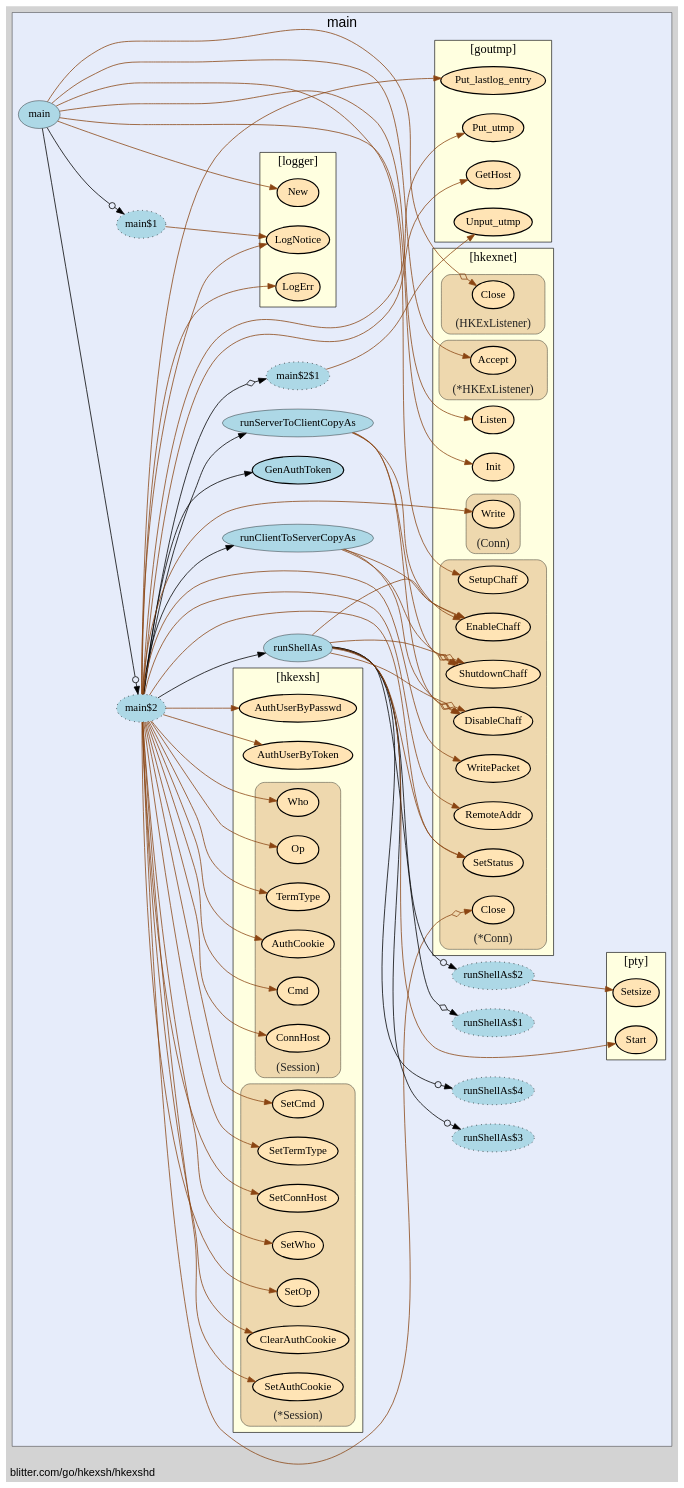
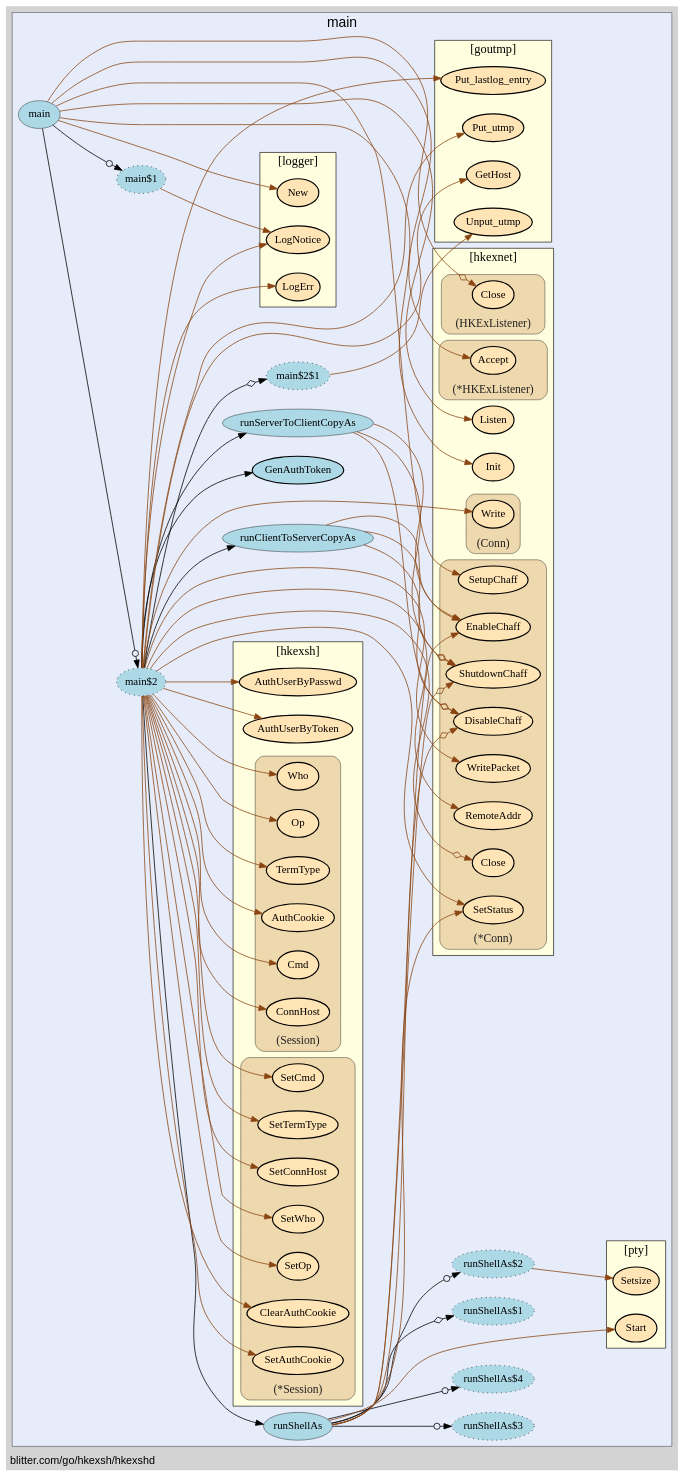
One commit to isgasho/xs changed the diagram in hkexshd/hkexshd-vis.gv. Above: the diagram before and after it, drawn with Graphviz. The commit also changed 7 other files, not shown here.

Commit message:
Further graphviz work; named hkexsh goroutines

```diff
--- a/hkexshd/hkexshd-vis.gv
+++ b/hkexshd/hkexshd-vis.gv
@@ -14,115 +14,60 @@
     edge [minlen="2"]
 
     subgraph "cluster_focus" {
-        fontsize="18";
-bgcolor="#e6ecfa";
+        bgcolor="#e6ecfa";
 label="main";
 labelloc="t";
 labeljust="c";
+fontsize="18";
         
-        "blitter.com/go/hkexsh/hkexshd.runServerToClientCopyAs" [ label="runServerToClientCopyAs" penwidth="0.5" fillcolor="lightblue" ]
-        "blitter.com/go/hkexsh/hkexshd.main$2$1" [ fillcolor="lightblue" label="main$2$1" style="dotted,filled" ]
-        "blitter.com/go/hkexsh/hkexshd.main" [ fillcolor="lightblue" label="main" penwidth="0.5" ]
-        "blitter.com/go/hkexsh/hkexshd.main$1" [ fillcolor="lightblue" label="main$1" style="dotted,filled" ]
+        "blitter.com/go/hkexsh/hkexshd.runServerToClientCopyAs" [ fillcolor="lightblue" label="runServerToClientCopyAs" penwidth="0.5" ]
+        "blitter.com/go/hkexsh/hkexshd.main$1" [ label="main$1" style="dotted,filled" fillcolor="lightblue" ]
+        "blitter.com/go/hkexsh/hkexshd.runShellAs" [ fillcolor="lightblue" label="runShellAs" penwidth="0.5" ]
+        "blitter.com/go/hkexsh/hkexshd.runShellAs$1" [ fillcolor="lightblue" label="runShellAs$1" style="dotted,filled" ]
+        "blitter.com/go/hkexsh/hkexshd.runShellAs$2" [ fillcolor="lightblue" label="runShellAs$2" style="dotted,filled" ]
+        "blitter.com/go/hkexsh/hkexshd.runShellAs$3" [ fillcolor="lightblue" label="runShellAs$3" style="dotted,filled" ]
+        "blitter.com/go/hkexsh/hkexshd.runShellAs$4" [ style="dotted,filled" fillcolor="lightblue" label="runShellAs$4" ]
+        "blitter.com/go/hkexsh/hkexshd.main" [ label="main" penwidth="0.5" fillcolor="lightblue" ]
         "blitter.com/go/hkexsh/hkexshd.main$2" [ fillcolor="lightblue" label="main$2" style="dotted,filled" ]
         "blitter.com/go/hkexsh/hkexshd.GenAuthToken" [ penwidth="1.5" fillcolor="lightblue" label="GenAuthToken" ]
-        "blitter.com/go/hkexsh/hkexshd.runShellAs" [ fillcolor="lightblue" label="runShellAs" penwidth="0.5" ]
-        "blitter.com/go/hkexsh/hkexshd.runShellAs$1" [ fillcolor="lightblue" label="runShellAs$1" style="dotted,filled" ]
-        "blitter.com/go/hkexsh/hkexshd.runShellAs$2" [ label="runShellAs$2" style="dotted,filled" fillcolor="lightblue" ]
-        "blitter.com/go/hkexsh/hkexshd.runShellAs$3" [ fillcolor="lightblue" label="runShellAs$3" style="dotted,filled" ]
-        "blitter.com/go/hkexsh/hkexshd.runShellAs$4" [ fillcolor="lightblue" label="runShellAs$4" style="dotted,filled" ]
+        "blitter.com/go/hkexsh/hkexshd.main$2$1" [ fillcolor="lightblue" label="main$2$1" style="dotted,filled" ]
         "blitter.com/go/hkexsh/hkexshd.runClientToServerCopyAs" [ fillcolor="lightblue" label="runClientToServerCopyAs" penwidth="0.5" ]
         
         subgraph "cluster_blitter.com/go/goutmp" {
         fontsize="16";
+fillcolor="lightyellow";
+rank="sink";
+URL="/?f=blitter.com/go/goutmp";
+tooltip="package: blitter.com/go/goutmp";
+penwidth="0.8";
 style="filled";
 fontname="bold";
-URL="/?f=blitter.com/go/goutmp";
-penwidth="0.8";
-fillcolor="lightyellow";
-rank="sink";
 label="[goutmp]";
-tooltip="package: blitter.com/go/goutmp";
         
+        "blitter.com/go/goutmp.GetHost" [ fillcolor="moccasin" label="GetHost" penwidth="1.5" ]
+        "blitter.com/go/goutmp.Put_utmp" [ fillcolor="moccasin" label="Put_utmp" penwidth="1.5" ]
         "blitter.com/go/goutmp.Unput_utmp" [ fillcolor="moccasin" label="Unput_utmp" penwidth="1.5" ]
-        "blitter.com/go/goutmp.GetHost" [ fillcolor="moccasin" label="GetHost" penwidth="1.5" ]
-        "blitter.com/go/goutmp.Put_utmp" [ penwidth="1.5" fillcolor="moccasin" label="Put_utmp" ]
         "blitter.com/go/goutmp.Put_lastlog_entry" [ fillcolor="moccasin" label="Put_lastlog_entry" penwidth="1.5" ]
         
     }
 
         subgraph "cluster_blitter.com/go/hkexsh" {
-        fontsize="16";
+        rank="sink";
+label="[hkexsh]";
+tooltip="package: blitter.com/go/hkexsh";
 fontname="bold";
-rank="sink";
-URL="/?f=blitter.com/go/hkexsh";
-tooltip="package: blitter.com/go/hkexsh";
-penwidth="0.8";
+fontsize="16";
 style="filled";
 fillcolor="lightyellow";
-label="[hkexsh]";
+URL="/?f=blitter.com/go/hkexsh";
+penwidth="0.8";
         
         "blitter.com/go/hkexsh.AuthUserByToken" [ fillcolor="moccasin" label="AuthUserByToken" penwidth="1.5" ]
-        "blitter.com/go/hkexsh.AuthUserByPasswd" [ penwidth="1.5" fillcolor="moccasin" label="AuthUserByPasswd" ]
+        "blitter.com/go/hkexsh.AuthUserByPasswd" [ fillcolor="moccasin" label="AuthUserByPasswd" penwidth="1.5" ]
         
         subgraph "cluster_*blitter.com/go/hkexsh.Session" {
-        fillcolor="wheat2";
-label="(*Session)";
+        label="(*Session)";
 tooltip="type: *blitter.com/go/hkexsh.Session";
-penwidth="0.5";
-fontsize="15";
-fontcolor="#222222";
-labelloc="b";
-style="rounded,filled";
-        
-        "(*blitter.com/go/hkexsh.Session).SetOp" [ fillcolor="moccasin" label="SetOp" penwidth="1.5" ]
-        "(*blitter.com/go/hkexsh.Session).SetWho" [ fillcolor="moccasin" label="SetWho" penwidth="1.5" ]
-        "(*blitter.com/go/hkexsh.Session).SetConnHost" [ penwidth="1.5" fillcolor="moccasin" label="SetConnHost" ]
-        "(*blitter.com/go/hkexsh.Session).SetTermType" [ fillcolor="moccasin" label="SetTermType" penwidth="1.5" ]
-        "(*blitter.com/go/hkexsh.Session).SetCmd" [ label="SetCmd" penwidth="1.5" fillcolor="moccasin" ]
-        "(*blitter.com/go/hkexsh.Session).SetAuthCookie" [ fillcolor="moccasin" label="SetAuthCookie" penwidth="1.5" ]
-        "(*blitter.com/go/hkexsh.Session).ClearAuthCookie" [ fillcolor="moccasin" label="ClearAuthCookie" penwidth="1.5" ]
-        
-    }
-
-        subgraph "cluster_blitter.com/go/hkexsh.Session" {
-        fillcolor="wheat2";
-label="(Session)";
-tooltip="type: blitter.com/go/hkexsh.Session";
-penwidth="0.5";
-fontsize="15";
-fontcolor="#222222";
-labelloc="b";
-style="rounded,filled";
-        
-        "(blitter.com/go/hkexsh.Session).Op" [ fillcolor="moccasin" label="Op" penwidth="1.5" ]
-        "(blitter.com/go/hkexsh.Session).Who" [ fillcolor="moccasin" label="Who" penwidth="1.5" ]
-        "(blitter.com/go/hkexsh.Session).ConnHost" [ fillcolor="moccasin" label="ConnHost" penwidth="1.5" ]
-        "(blitter.com/go/hkexsh.Session).Cmd" [ fillcolor="moccasin" label="Cmd" penwidth="1.5" ]
-        "(blitter.com/go/hkexsh.Session).AuthCookie" [ fillcolor="moccasin" label="AuthCookie" penwidth="1.5" ]
-        "(blitter.com/go/hkexsh.Session).TermType" [ fillcolor="moccasin" label="TermType" penwidth="1.5" ]
-        
-    }
-
-    }
-
-        subgraph "cluster_blitter.com/go/hkexsh/hkexnet" {
-        rank="sink";
-URL="/?f=blitter.com/go/hkexsh/hkexnet";
-tooltip="package: blitter.com/go/hkexsh/hkexnet";
-fontsize="16";
-style="filled";
-fontname="bold";
-penwidth="0.8";
-fillcolor="lightyellow";
-label="[hkexnet]";
-        
-        "blitter.com/go/hkexsh/hkexnet.Init" [ fillcolor="moccasin" label="Init" penwidth="1.5" ]
-        "blitter.com/go/hkexsh/hkexnet.Listen" [ fillcolor="moccasin" label="Listen" penwidth="1.5" ]
-        
-        subgraph "cluster_*blitter.com/go/hkexsh/hkexnet.Conn" {
-        label="(*Conn)";
-tooltip="type: *blitter.com/go/hkexsh/hkexnet.Conn";
 penwidth="0.5";
 fontsize="15";
 fontcolor="#222222";
@@ -130,13 +75,68 @@
 style="rounded,filled";
 fillcolor="wheat2";
         
-        "(*blitter.com/go/hkexsh/hkexnet.Conn).EnableChaff" [ fillcolor="moccasin" label="EnableChaff" penwidth="1.5" ]
+        "(*blitter.com/go/hkexsh.Session).SetOp" [ fillcolor="moccasin" label="SetOp" penwidth="1.5" ]
+        "(*blitter.com/go/hkexsh.Session).SetWho" [ fillcolor="moccasin" label="SetWho" penwidth="1.5" ]
+        "(*blitter.com/go/hkexsh.Session).SetConnHost" [ penwidth="1.5" fillcolor="moccasin" label="SetConnHost" ]
+        "(*blitter.com/go/hkexsh.Session).SetTermType" [ label="SetTermType" penwidth="1.5" fillcolor="moccasin" ]
+        "(*blitter.com/go/hkexsh.Session).SetCmd" [ fillcolor="moccasin" label="SetCmd" penwidth="1.5" ]
+        "(*blitter.com/go/hkexsh.Session).SetAuthCookie" [ penwidth="1.5" fillcolor="moccasin" label="SetAuthCookie" ]
+        "(*blitter.com/go/hkexsh.Session).ClearAuthCookie" [ fillcolor="moccasin" label="ClearAuthCookie" penwidth="1.5" ]
+        
+    }
+
+        subgraph "cluster_blitter.com/go/hkexsh.Session" {
+        tooltip="type: blitter.com/go/hkexsh.Session";
+penwidth="0.5";
+fontsize="15";
+fontcolor="#222222";
+labelloc="b";
+style="rounded,filled";
+fillcolor="wheat2";
+label="(Session)";
+        
+        "(blitter.com/go/hkexsh.Session).Op" [ fillcolor="moccasin" label="Op" penwidth="1.5" ]
+        "(blitter.com/go/hkexsh.Session).Who" [ label="Who" penwidth="1.5" fillcolor="moccasin" ]
+        "(blitter.com/go/hkexsh.Session).ConnHost" [ fillcolor="moccasin" label="ConnHost" penwidth="1.5" ]
+        "(blitter.com/go/hkexsh.Session).Cmd" [ fillcolor="moccasin" label="Cmd" penwidth="1.5" ]
+        "(blitter.com/go/hkexsh.Session).AuthCookie" [ penwidth="1.5" fillcolor="moccasin" label="AuthCookie" ]
+        "(blitter.com/go/hkexsh.Session).TermType" [ penwidth="1.5" fillcolor="moccasin" label="TermType" ]
+        
+    }
+
+    }
+
+        subgraph "cluster_blitter.com/go/hkexsh/hkexnet" {
+        URL="/?f=blitter.com/go/hkexsh/hkexnet";
+fontsize="16";
+style="filled";
+fillcolor="lightyellow";
+rank="sink";
+label="[hkexnet]";
+penwidth="0.8";
+fontname="bold";
+tooltip="package: blitter.com/go/hkexsh/hkexnet";
+        
+        "blitter.com/go/hkexsh/hkexnet.Init" [ penwidth="1.5" fillcolor="moccasin" label="Init" ]
+        "blitter.com/go/hkexsh/hkexnet.Listen" [ fillcolor="moccasin" label="Listen" penwidth="1.5" ]
+        
+        subgraph "cluster_*blitter.com/go/hkexsh/hkexnet.Conn" {
+        fontsize="15";
+fontcolor="#222222";
+labelloc="b";
+style="rounded,filled";
+fillcolor="wheat2";
+label="(*Conn)";
+tooltip="type: *blitter.com/go/hkexsh/hkexnet.Conn";
+penwidth="0.5";
+        
+        "(*blitter.com/go/hkexsh/hkexnet.Conn).EnableChaff" [ label="EnableChaff" penwidth="1.5" fillcolor="moccasin" ]
         "(*blitter.com/go/hkexsh/hkexnet.Conn).DisableChaff" [ fillcolor="moccasin" label="DisableChaff" penwidth="1.5" ]
         "(*blitter.com/go/hkexsh/hkexnet.Conn).ShutdownChaff" [ fillcolor="moccasin" label="ShutdownChaff" penwidth="1.5" ]
+        "(*blitter.com/go/hkexsh/hkexnet.Conn).SetStatus" [ fillcolor="moccasin" label="SetStatus" penwidth="1.5" ]
         "(*blitter.com/go/hkexsh/hkexnet.Conn).SetupChaff" [ fillcolor="moccasin" label="SetupChaff" penwidth="1.5" ]
         "(*blitter.com/go/hkexsh/hkexnet.Conn).Close" [ fillcolor="moccasin" label="Close" penwidth="1.5" ]
         "(*blitter.com/go/hkexsh/hkexnet.Conn).RemoteAddr" [ fillcolor="moccasin" label="RemoteAddr" penwidth="1.5" ]
-        "(*blitter.com/go/hkexsh/hkexnet.Conn).SetStatus" [ label="SetStatus" penwidth="1.5" fillcolor="moccasin" ]
         "(*blitter.com/go/hkexsh/hkexnet.Conn).WritePacket" [ penwidth="1.5" fillcolor="moccasin" label="WritePacket" ]
         
     }
@@ -151,19 +151,19 @@
 fillcolor="wheat2";
 label="(*HKExListener)";
         
-        "(*blitter.com/go/hkexsh/hkexnet.HKExListener).Accept" [ fillcolor="moccasin" label="Accept" penwidth="1.5" ]
+        "(*blitter.com/go/hkexsh/hkexnet.HKExListener).Accept" [ label="Accept" penwidth="1.5" fillcolor="moccasin" ]
         
     }
 
         subgraph "cluster_blitter.com/go/hkexsh/hkexnet.Conn" {
-        fontsize="15";
-fontcolor="#222222";
+        fontcolor="#222222";
 labelloc="b";
 style="rounded,filled";
 fillcolor="wheat2";
 label="(Conn)";
 tooltip="type: blitter.com/go/hkexsh/hkexnet.Conn";
 penwidth="0.5";
+fontsize="15";
         
         "(blitter.com/go/hkexsh/hkexnet.Conn).Write" [ fillcolor="moccasin" label="Write" penwidth="1.5" ]
         
@@ -179,57 +179,66 @@
 labelloc="b";
 style="rounded,filled";
         
-        "(blitter.com/go/hkexsh/hkexnet.HKExListener).Close" [ fillcolor="moccasin" label="Close" penwidth="1.5" ]
+        "(blitter.com/go/hkexsh/hkexnet.HKExListener).Close" [ label="Close" penwidth="1.5" fillcolor="moccasin" ]
         
     }
 
     }
 
         subgraph "cluster_blitter.com/go/hkexsh/logger" {
-        URL="/?f=blitter.com/go/hkexsh/logger";
-tooltip="package: blitter.com/go/hkexsh/logger";
+        tooltip="package: blitter.com/go/hkexsh/logger";
 penwidth="0.8";
 fontsize="16";
+fontname="bold";
+label="[logger]";
+URL="/?f=blitter.com/go/hkexsh/logger";
 style="filled";
 fillcolor="lightyellow";
 rank="sink";
-label="[logger]";
-fontname="bold";
         
+        "blitter.com/go/hkexsh/logger.LogNotice" [ fillcolor="moccasin" label="LogNotice" penwidth="1.5" ]
         "blitter.com/go/hkexsh/logger.New" [ fillcolor="moccasin" label="New" penwidth="1.5" ]
-        "blitter.com/go/hkexsh/logger.LogNotice" [ label="LogNotice" penwidth="1.5" fillcolor="moccasin" ]
         "blitter.com/go/hkexsh/logger.LogErr" [ fillcolor="moccasin" label="LogErr" penwidth="1.5" ]
         
     }
 
         subgraph "cluster_github.com/kr/pty" {
-        style="filled";
+        rank="sink";
+label="[pty]";
+tooltip="package: github.com/kr/pty";
 penwidth="0.8";
-fontsize="16";
-rank="sink";
-label="[pty]";
-URL="/?f=github.com/kr/pty";
-tooltip="package: github.com/kr/pty";
 fillcolor="lightyellow";
 fontname="bold";
+fontsize="16";
+style="filled";
+URL="/?f=github.com/kr/pty";
         
-        "github.com/kr/pty.Start" [ label="Start" penwidth="1.5" fillcolor="moccasin" ]
-        "github.com/kr/pty.Setsize" [ fillcolor="moccasin" label="Setsize" penwidth="1.5" ]
+        "github.com/kr/pty.Start" [ fillcolor="moccasin" label="Start" penwidth="1.5" ]
+        "github.com/kr/pty.Setsize" [ penwidth="1.5" fillcolor="moccasin" label="Setsize" ]
         
     }
 
     }
 
     "blitter.com/go/hkexsh/hkexshd.runServerToClientCopyAs" -> "(*blitter.com/go/hkexsh/hkexnet.Conn).EnableChaff" [ color="saddlebrown" ]
-    "blitter.com/go/hkexsh/hkexshd.runServerToClientCopyAs" -> "(*blitter.com/go/hkexsh/hkexnet.Conn).DisableChaff" [ arrowhead="normalnoneodiamond" color="saddlebrown" ]
-    "blitter.com/go/hkexsh/hkexshd.runServerToClientCopyAs" -> "(*blitter.com/go/hkexsh/hkexnet.Conn).ShutdownChaff" [ color="saddlebrown" arrowhead="normalnoneodiamond" ]
-    "blitter.com/go/hkexsh/hkexshd.main$2$1" -> "blitter.com/go/goutmp.Unput_utmp" [ color="saddlebrown" ]
+    "blitter.com/go/hkexsh/hkexshd.runServerToClientCopyAs" -> "(*blitter.com/go/hkexsh/hkexnet.Conn).DisableChaff" [ color="saddlebrown" arrowhead="normalnoneodiamond" ]
+    "blitter.com/go/hkexsh/hkexshd.runServerToClientCopyAs" -> "(*blitter.com/go/hkexsh/hkexnet.Conn).ShutdownChaff" [ arrowhead="normalnoneodiamond" color="saddlebrown" ]
+    "blitter.com/go/hkexsh/hkexshd.main$1" -> "blitter.com/go/hkexsh/logger.LogNotice" [ color="saddlebrown" ]
+    "blitter.com/go/hkexsh/hkexshd.runShellAs" -> "github.com/kr/pty.Start" [ color="saddlebrown" ]
+    "blitter.com/go/hkexsh/hkexshd.runShellAs" -> "blitter.com/go/hkexsh/hkexshd.runShellAs$1" [ arrowhead="normalnoneodiamond" ]
+    "blitter.com/go/hkexsh/hkexshd.runShellAs$2" -> "github.com/kr/pty.Setsize" [ color="saddlebrown" ]
+    "blitter.com/go/hkexsh/hkexshd.runShellAs" -> "blitter.com/go/hkexsh/hkexshd.runShellAs$2" [ arrowhead="normalnoneodot" ]
+    "blitter.com/go/hkexsh/hkexshd.runShellAs" -> "blitter.com/go/hkexsh/hkexshd.runShellAs$3" [ arrowhead="normalnoneodot" ]
+    "blitter.com/go/hkexsh/hkexshd.runShellAs" -> "(*blitter.com/go/hkexsh/hkexnet.Conn).EnableChaff" [ color="saddlebrown" ]
+    "blitter.com/go/hkexsh/hkexshd.runShellAs" -> "(*blitter.com/go/hkexsh/hkexnet.Conn).DisableChaff" [ arrowhead="normalnoneodiamond" color="saddlebrown" ]
+    "blitter.com/go/hkexsh/hkexshd.runShellAs" -> "(*blitter.com/go/hkexsh/hkexnet.Conn).ShutdownChaff" [ arrowhead="normalnoneodiamond" color="saddlebrown" ]
+    "blitter.com/go/hkexsh/hkexshd.runShellAs" -> "blitter.com/go/hkexsh/hkexshd.runShellAs$4" [ arrowhead="normalnoneodot" ]
+    "blitter.com/go/hkexsh/hkexshd.runShellAs" -> "(*blitter.com/go/hkexsh/hkexnet.Conn).SetStatus" [ color="saddlebrown" ]
     "blitter.com/go/hkexsh/hkexshd.main" -> "blitter.com/go/hkexsh/logger.New" [ color="saddlebrown" ]
     "blitter.com/go/hkexsh/hkexshd.main" -> "blitter.com/go/hkexsh/hkexnet.Init" [ color="saddlebrown" ]
-    "blitter.com/go/hkexsh/hkexshd.main$1" -> "blitter.com/go/hkexsh/logger.LogNotice" [ color="saddlebrown" ]
     "blitter.com/go/hkexsh/hkexshd.main" -> "blitter.com/go/hkexsh/hkexshd.main$1" [ arrowhead="normalnoneodot" ]
     "blitter.com/go/hkexsh/hkexshd.main" -> "blitter.com/go/hkexsh/hkexnet.Listen" [ color="saddlebrown" ]
-    "blitter.com/go/hkexsh/hkexshd.main" -> "(blitter.com/go/hkexsh/hkexnet.HKExListener).Close" [ arrowhead="normalnoneodiamond" color="saddlebrown" ]
+    "blitter.com/go/hkexsh/hkexshd.main" -> "(blitter.com/go/hkexsh/hkexnet.HKExListener).Close" [ color="saddlebrown" arrowhead="normalnoneodiamond" ]
     "blitter.com/go/hkexsh/hkexshd.main" -> "(*blitter.com/go/hkexsh/hkexnet.HKExListener).Accept" [ color="saddlebrown" ]
     "blitter.com/go/hkexsh/hkexshd.main" -> "(*blitter.com/go/hkexsh/hkexnet.Conn).SetupChaff" [ color="saddlebrown" ]
     "blitter.com/go/hkexsh/hkexshd.main$2" -> "(*blitter.com/go/hkexsh/hkexnet.Conn).Close" [ arrowhead="normalnoneodiamond" color="saddlebrown" ]
@@ -253,20 +262,11 @@
     "blitter.com/go/hkexsh/hkexshd.main$2" -> "blitter.com/go/goutmp.GetHost" [ color="saddlebrown" ]
     "blitter.com/go/hkexsh/hkexshd.main$2" -> "blitter.com/go/hkexsh/hkexshd.GenAuthToken" [  ]
     "blitter.com/go/hkexsh/hkexshd.main$2" -> "(blitter.com/go/hkexsh.Session).TermType" [ color="saddlebrown" ]
-    "blitter.com/go/hkexsh/hkexshd.runShellAs" -> "github.com/kr/pty.Start" [ color="saddlebrown" ]
-    "blitter.com/go/hkexsh/hkexshd.runShellAs" -> "blitter.com/go/hkexsh/hkexshd.runShellAs$1" [ arrowhead="normalnoneodiamond" ]
-    "blitter.com/go/hkexsh/hkexshd.runShellAs$2" -> "github.com/kr/pty.Setsize" [ color="saddlebrown" ]
-    "blitter.com/go/hkexsh/hkexshd.runShellAs" -> "blitter.com/go/hkexsh/hkexshd.runShellAs$2" [ arrowhead="normalnoneodot" ]
-    "blitter.com/go/hkexsh/hkexshd.runShellAs" -> "blitter.com/go/hkexsh/hkexshd.runShellAs$3" [ arrowhead="normalnoneodot" ]
-    "blitter.com/go/hkexsh/hkexshd.runShellAs" -> "(*blitter.com/go/hkexsh/hkexnet.Conn).EnableChaff" [ color="saddlebrown" ]
-    "blitter.com/go/hkexsh/hkexshd.runShellAs" -> "(*blitter.com/go/hkexsh/hkexnet.Conn).DisableChaff" [ arrowhead="normalnoneodiamond" color="saddlebrown" ]
-    "blitter.com/go/hkexsh/hkexshd.runShellAs" -> "(*blitter.com/go/hkexsh/hkexnet.Conn).ShutdownChaff" [ arrowhead="normalnoneodiamond" color="saddlebrown" ]
-    "blitter.com/go/hkexsh/hkexshd.runShellAs" -> "blitter.com/go/hkexsh/hkexshd.runShellAs$4" [ arrowhead="normalnoneodot" ]
-    "blitter.com/go/hkexsh/hkexshd.runShellAs" -> "(*blitter.com/go/hkexsh/hkexnet.Conn).SetStatus" [ color="saddlebrown" ]
     "blitter.com/go/hkexsh/hkexshd.main$2" -> "blitter.com/go/hkexsh/hkexshd.runShellAs" [  ]
     "blitter.com/go/hkexsh/hkexshd.main$2" -> "blitter.com/go/hkexsh/logger.LogErr" [ color="saddlebrown" ]
     "blitter.com/go/hkexsh/hkexshd.main$2" -> "(*blitter.com/go/hkexsh/hkexnet.Conn).SetStatus" [ color="saddlebrown" ]
     "blitter.com/go/hkexsh/hkexshd.main$2" -> "blitter.com/go/goutmp.Put_utmp" [ color="saddlebrown" ]
+    "blitter.com/go/hkexsh/hkexshd.main$2$1" -> "blitter.com/go/goutmp.Unput_utmp" [ color="saddlebrown" ]
     "blitter.com/go/hkexsh/hkexshd.main$2" -> "blitter.com/go/hkexsh/hkexshd.main$2$1" [ arrowhead="normalnoneodiamond" ]
     "blitter.com/go/hkexsh/hkexshd.main$2" -> "blitter.com/go/goutmp.Put_lastlog_entry" [ color="saddlebrown" ]
     "blitter.com/go/hkexsh/hkexshd.runClientToServerCopyAs" -> "(*blitter.com/go/hkexsh/hkexnet.Conn).EnableChaff" [ color="saddlebrown" ]
```
